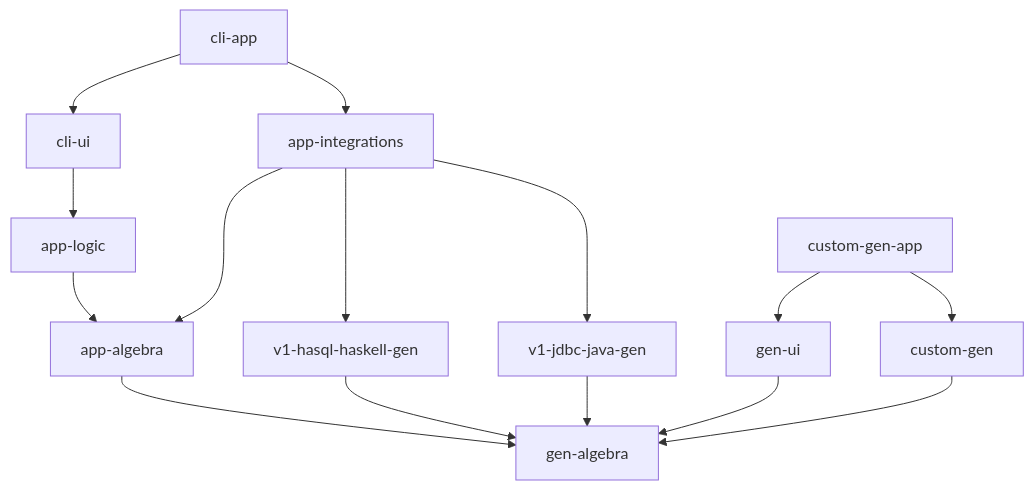
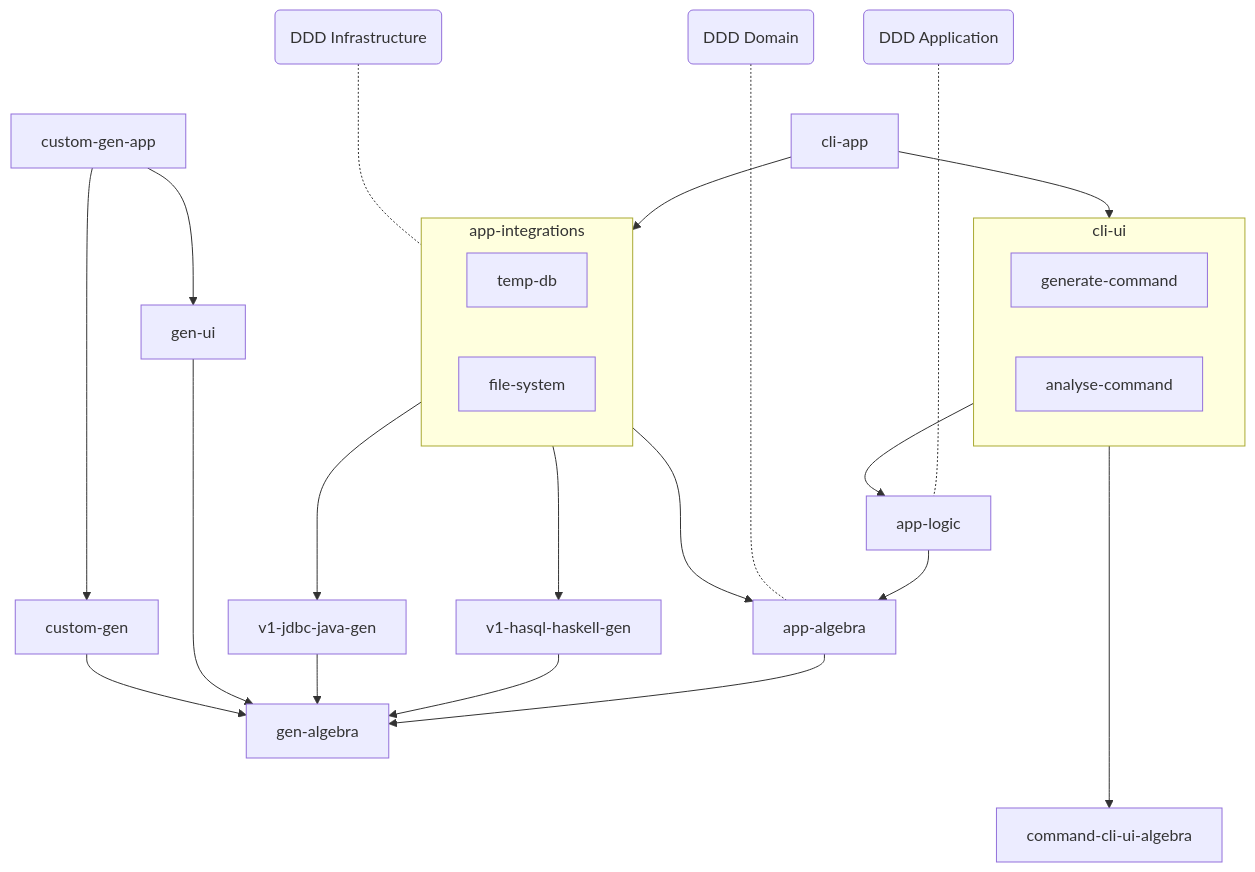
The second of 2 diagrams in design/aulia-architecture.md (pgenie-io/pgenie), drawn with Mermaid before and after one commit. The commit also changed 4 other files, not shown here.

Commit message:
Isolate command-cli-ui-algebra

````diff
--- a/design/aulia-architecture.md
+++ b/design/aulia-architecture.md
@@ -26,18 +26,33 @@
 ```mermaid
 flowchart TD
 
 app-logic --> app-algebra
 app-integrations ---> app-algebra
 app-integrations --> v1-hasql-haskell-gen
 app-integrations --> v1-jdbc-java-gen
 cli-ui --> app-logic
 cli-app --> app-integrations
 cli-app --> cli-ui
 custom-gen-app --> gen-ui
 app-algebra --> gen-algebra
 v1-hasql-haskell-gen --> gen-algebra
 v1-jdbc-java-gen --> gen-algebra
-gen-ui --> gen-algebra
+gen-ui ----> gen-algebra
 custom-gen-app --> custom-gen
 custom-gen --> gen-algebra
+cli-ui -----> command-cli-ui-algebra
+
+infrastructure(DDD Infrastructure) -..- app-integrations
+application(DDD Application) -...- app-logic
+domain(DDD Domain) -....- app-algebra
+
+subgraph cli-ui
+  generate-command
+  analyse-command
+end
+
+subgraph app-integrations
+  temp-db
+  file-system
+end
 ```
````
